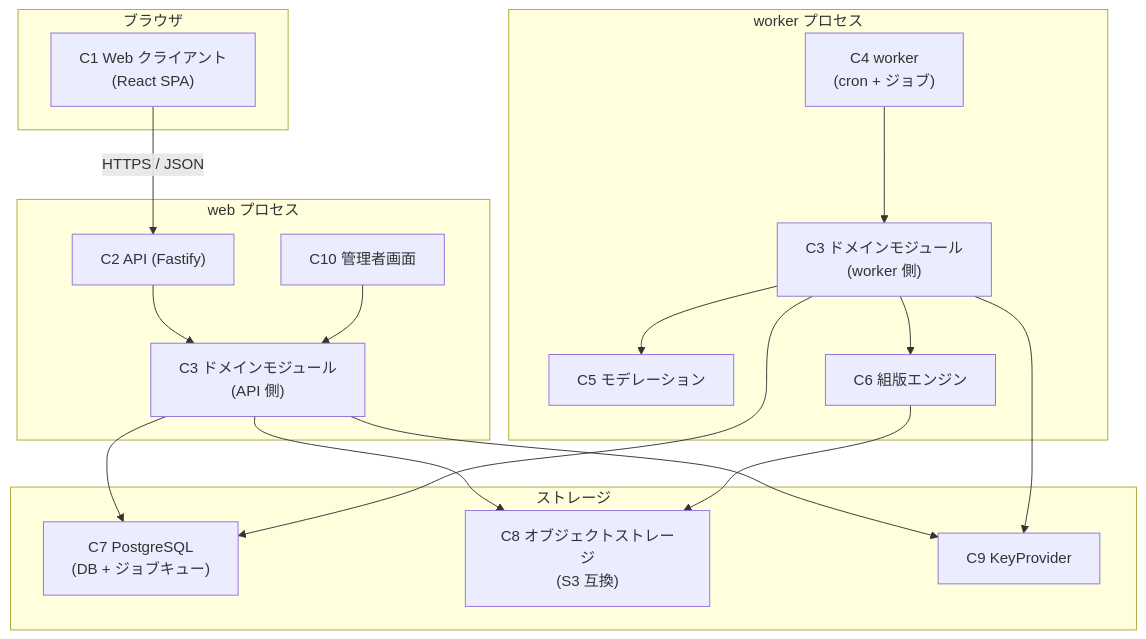
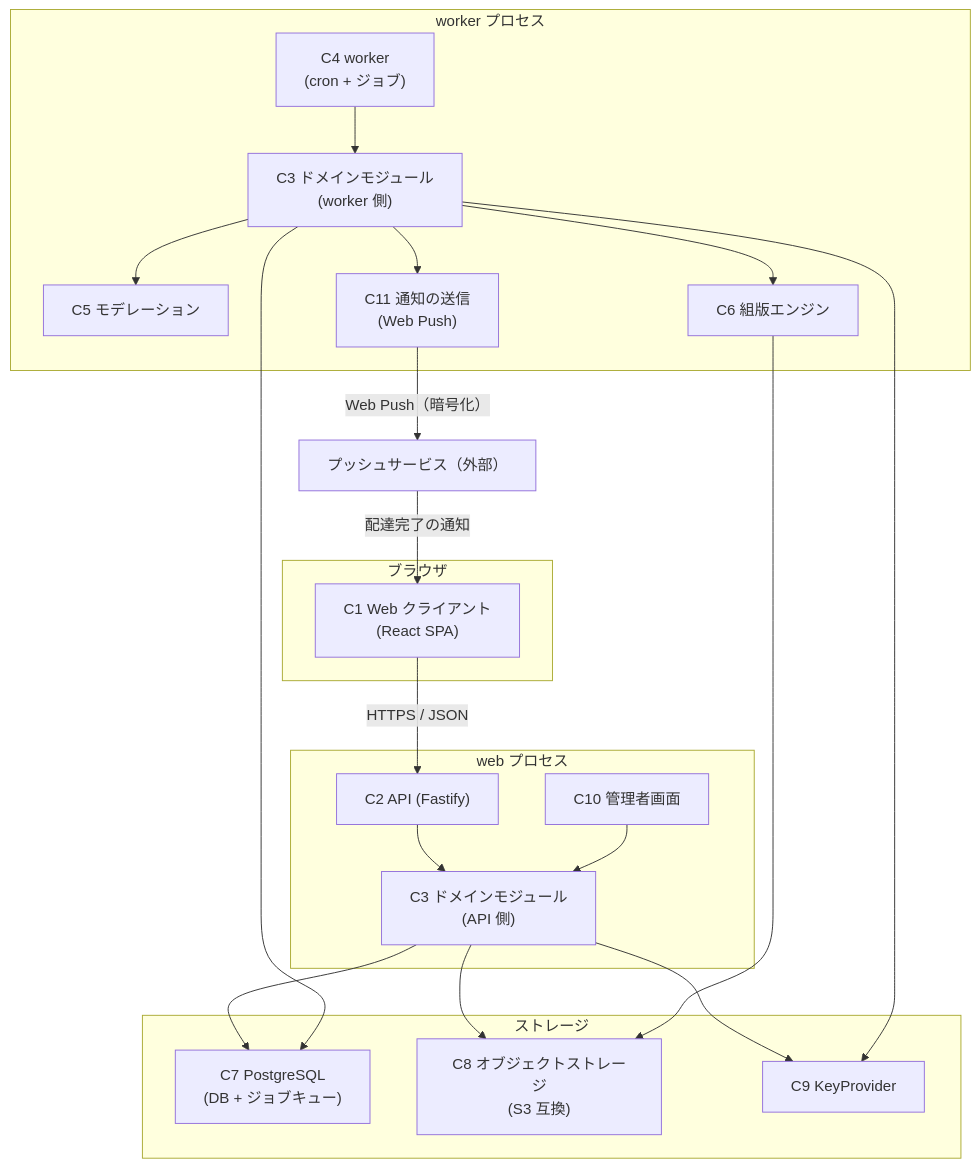
Before and after one commit to BONUS-git/yuguregaoka-3chome: the diagram in .ai/architecture.md, drawn with Mermaid. The commit also changed other lines of this file and 15 other files, not shown here.

````diff
--- a/.ai/architecture.md
+++ b/.ai/architecture.md
@@ -52,38 +52,44 @@
 ```mermaid
 flowchart TB
     subgraph Browser["ブラウザ"]
         C1["C1 Web クライアント\n(React SPA)"]
     end
 
     subgraph WebProc["web プロセス"]
         C2["C2 API (Fastify)"]
         C3w["C3 ドメインモジュール\n(API 側)"]
         C10["C10 管理者画面"]
     end
 
     subgraph WorkerProc["worker プロセス"]
         C4["C4 worker\n(cron + ジョブ)"]
         C3wk["C3 ドメインモジュール\n(worker 側)"]
         C5["C5 モデレーション"]
         C6["C6 組版エンジン"]
+        C11["C11 通知の送信\n(Web Push)"]
     end
+
+    Push["プッシュサービス（外部）"]
 
     subgraph StorageLayer["ストレージ"]
         C7["C7 PostgreSQL\n(DB + ジョブキュー)"]
         C8["C8 オブジェクトストレージ\n(S3 互換)"]
         C9["C9 KeyProvider"]
     end
 
     C1 -->|HTTPS / JSON| C2
     C2 --> C3w
     C10 --> C3w
     C3w --> C7
     C3w --> C9
     C3w --> C8
     C4 --> C3wk
     C3wk --> C5
     C3wk --> C6
     C3wk --> C7
     C6 --> C8
     C3wk --> C9
+    C3wk --> C11
+    C11 -->|Web Push（暗号化）| Push
+    Push -->|配達完了の通知| C1
 ```
````
